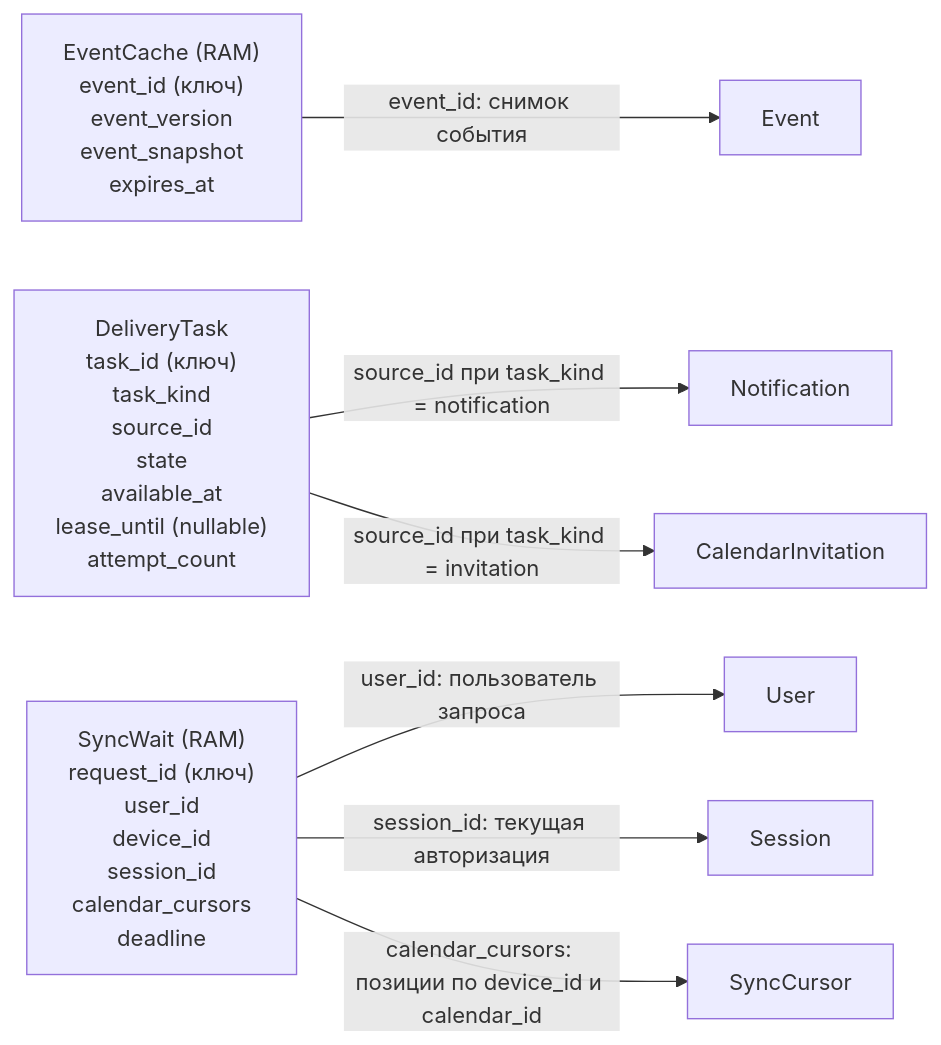
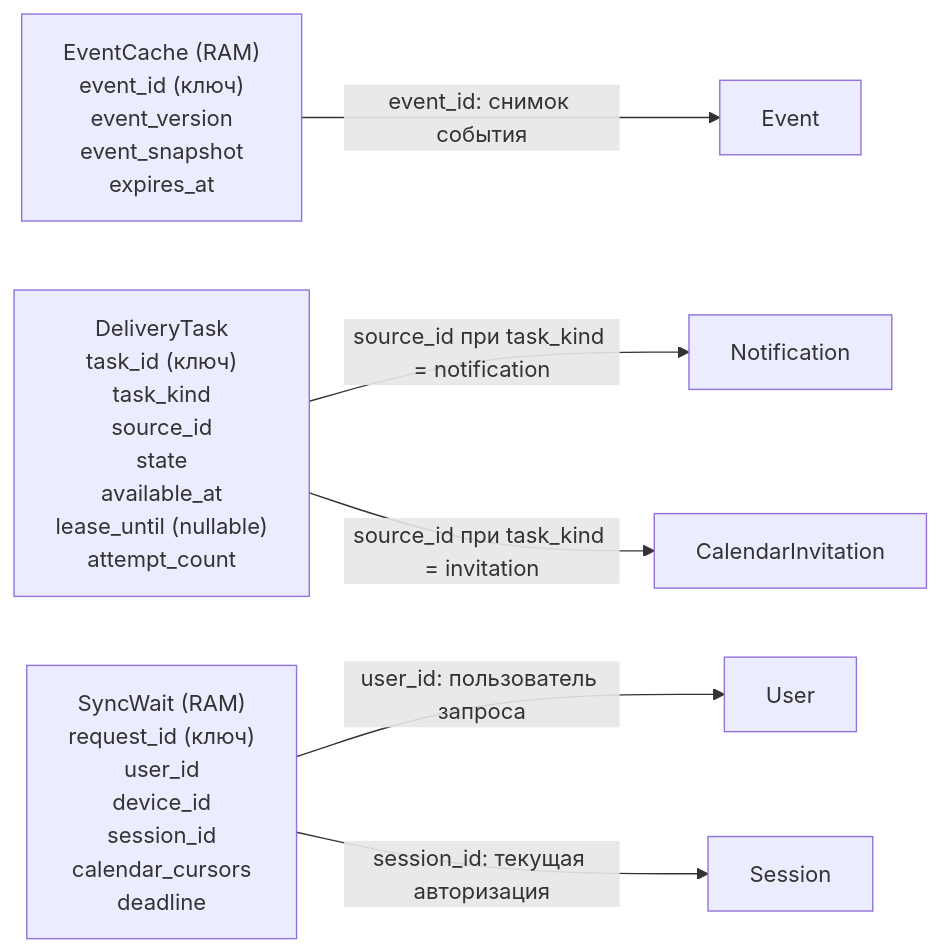
The second of 5 diagrams in README.md (Klumaks/Highload_Google_Calendar), drawn with Mermaid before and after one commit. The commit also changed other lines of this file, not shown here.

````diff
--- a/README.md
+++ b/README.md
@@ -631,37 +620,35 @@
 ```mermaid
 flowchart LR
     eventCache["EventCache (RAM)
 event_id (ключ)
 event_version
 event_snapshot
 expires_at"]
     deliveryTask["DeliveryTask
 task_id (ключ)
 task_kind
 source_id
 state
 available_at
 lease_until (nullable)
 attempt_count"]
     syncWait["SyncWait (RAM)
 request_id (ключ)
 user_id
 device_id
 session_id
 calendar_cursors
 deadline"]
 
     eventRef["Event"]
     notificationRef["Notification"]
     invitationRef["CalendarInvitation"]
     userRef["User"]
     sessionRef["Session"]
-    cursorRef["SyncCursor"]
 
     eventCache -->|"event_id: снимок события"| eventRef
     deliveryTask -->|"source_id при task_kind = notification"| notificationRef
     deliveryTask -->|"source_id при task_kind = invitation"| invitationRef
     syncWait -->|"user_id: пользователь запроса"| userRef
     syncWait -->|"session_id: текущая авторизация"| sessionRef
-    syncWait -->|"calendar_cursors: позиции по device_id и calendar_id"| cursorRef
 ```
````
